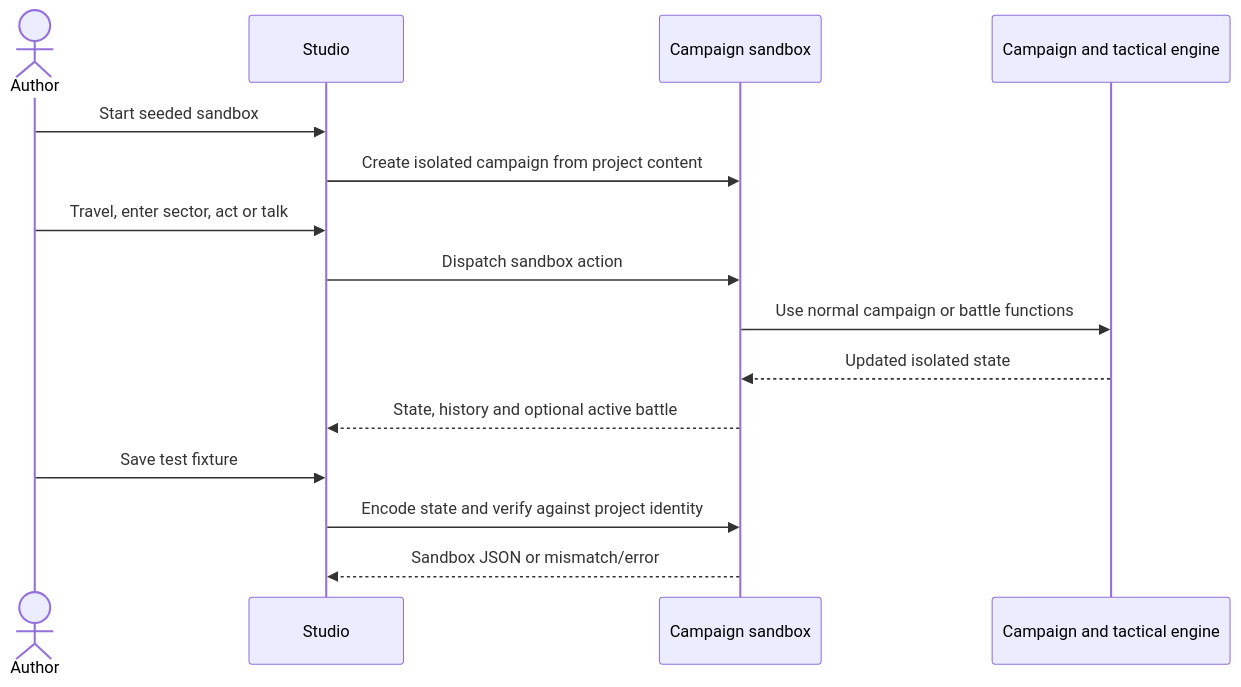
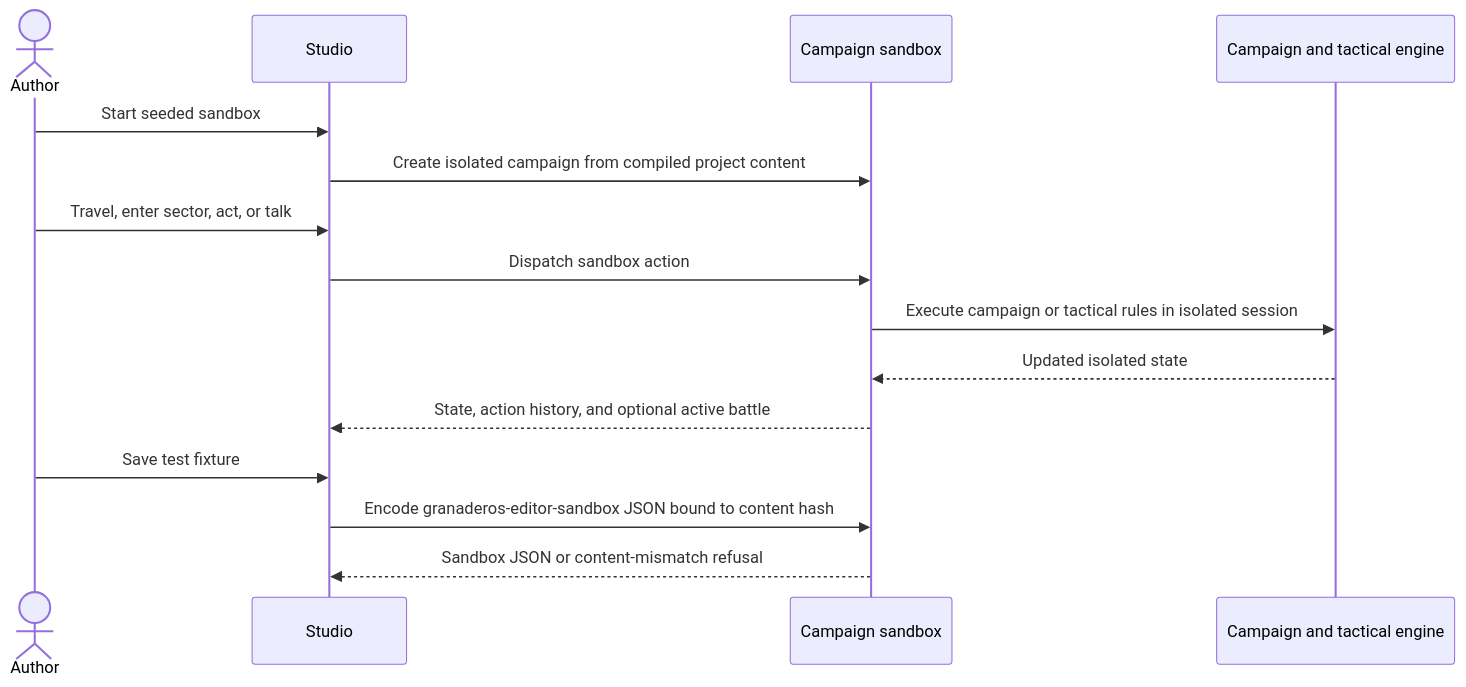
One commit to fsodano/granaderos changed the second of 2 diagrams in docs/architecture/use-cases/authoring.md. Above: the diagram before and after it, drawn with Mermaid. The commit also changed other lines of this file and 1182 other files, not shown here.

````diff
--- a/docs/architecture/use-cases/authoring.md
+++ b/docs/architecture/use-cases/authoring.md
@@ -294,17 +148,17 @@
 ```mermaid
 sequenceDiagram
   actor Author
-  participant Studio
+  participant Studio as Studio
   participant Sandbox as Campaign sandbox
   participant Engine as Campaign and tactical engine
   Author->>Studio: Start seeded sandbox
-  Studio->>Sandbox: Create isolated campaign from project content
-  Author->>Studio: Travel, enter sector, act or talk
+  Studio->>Sandbox: Create isolated campaign from compiled project content
+  Author->>Studio: Travel, enter sector, act, or talk
   Studio->>Sandbox: Dispatch sandbox action
-  Sandbox->>Engine: Use normal campaign or battle functions
+  Sandbox->>Engine: Execute campaign or tactical rules in isolated session
   Engine-->>Sandbox: Updated isolated state
-  Sandbox-->>Studio: State, history and optional active battle
+  Sandbox-->>Studio: State, action history, and optional active battle
   Author->>Studio: Save test fixture
-  Studio->>Sandbox: Encode state and verify against project identity
-  Sandbox-->>Studio: Sandbox JSON or mismatch/error
+  Studio->>Sandbox: Encode granaderos-editor-sandbox JSON bound to content hash
+  Sandbox-->>Studio: Sandbox JSON or content-mismatch refusal
 ```
````
